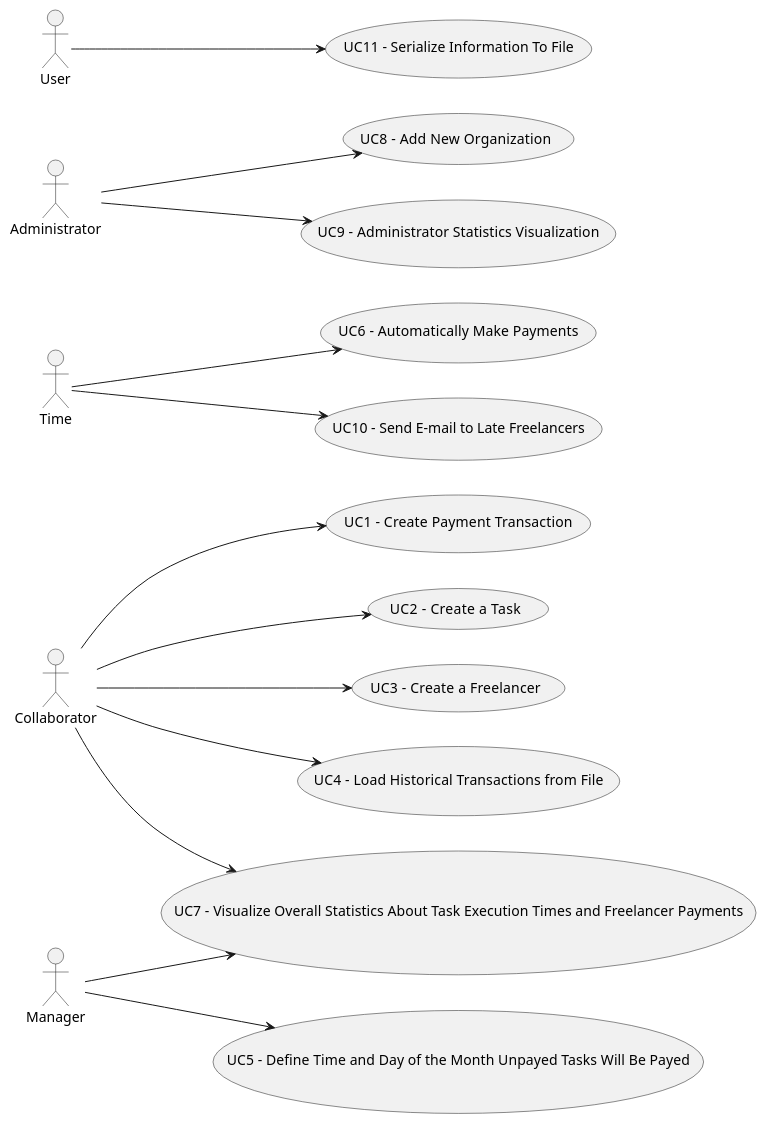
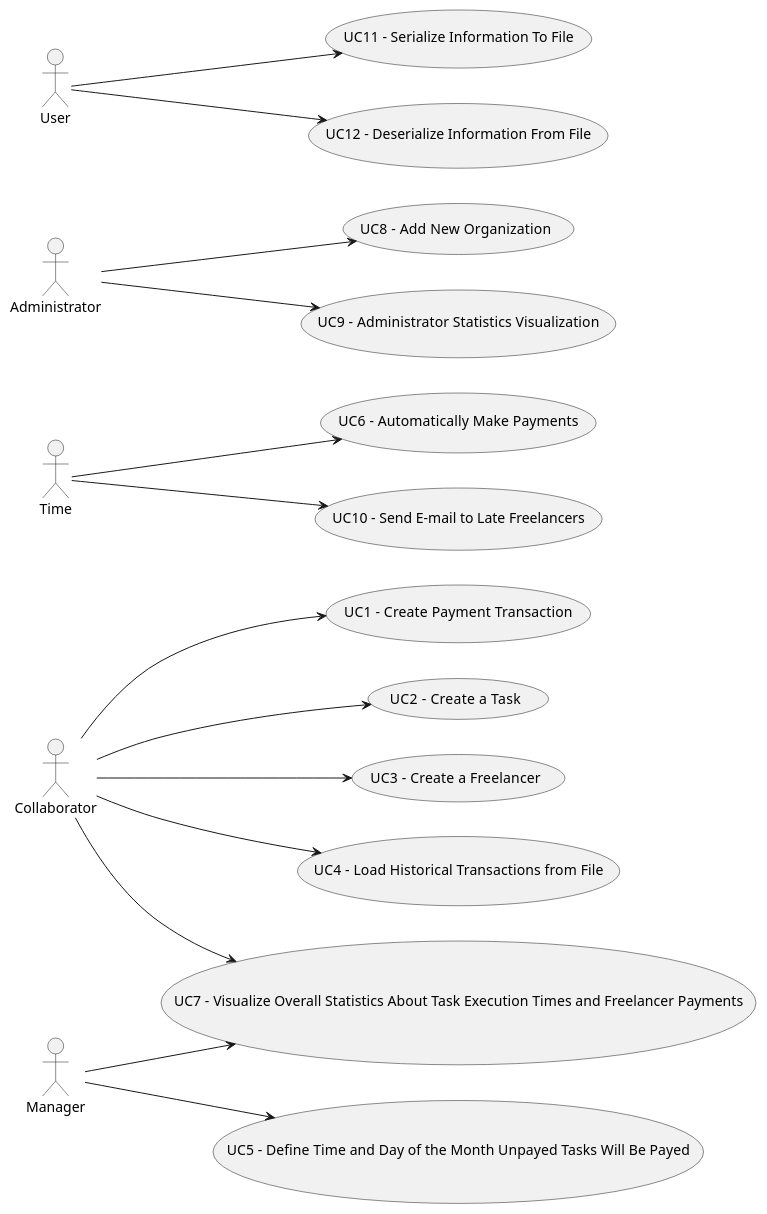
One commit to botelho-io/lapr2-2020-g029 changed the diagram in docs/DUC/DUC.puml. Above: the diagram before and after it, drawn with PlantUML. The commit also changed 12 other files, not shown here.

```diff
--- a/docs/DUC/DUC.puml
+++ b/docs/DUC/DUC.puml
@@ -1,42 +1,44 @@
 @startuml DUC
 
 usecase UC1  as "UC1  - Create Payment Transaction"
 usecase UC2  as "UC2  - Create a Task"
 usecase UC3  as "UC3  - Create a Freelancer"
 usecase UC4  as "UC4  - Load Historical Transactions from File"
 usecase UC5  as "UC5  - Define Time and Day of the Month Unpayed Tasks Will Be Payed"
 usecase UC6  as "UC6  - Automatically Make Payments"
 usecase UC7  as "UC7  - Visualize Overall Statistics About Task Execution Times and Freelancer Payments"
 usecase UC8  as "UC8  - Add New Organization"
 usecase UC9  as "UC9  - Administrator Statistics Visualization"
 usecase UC10 as "UC10 - Send E-mail to Late Freelancers"
 usecase UC11 as "UC11 - Serialize Information To File"
+usecase UC12 as "UC12 - Deserialize Information From File"
 
 actor Collaborator as C
 actor Manager as M
 actor Administrator as A
 actor Time as T
 actor User as U
 
 left to right direction
 
 C --> (UC1)
 C --> (UC2)
 C --> (UC3)
 C --> (UC4)
 
 M --> (UC5)
 
 T --> (UC6)
 
 C --> (UC7)
 M --> (UC7)
 
 A --> (UC8)
 A --> (UC9)
 
 T --> (UC10)
 
 U --> (UC11)
+U --> (UC12)
 
 @enduml
```
